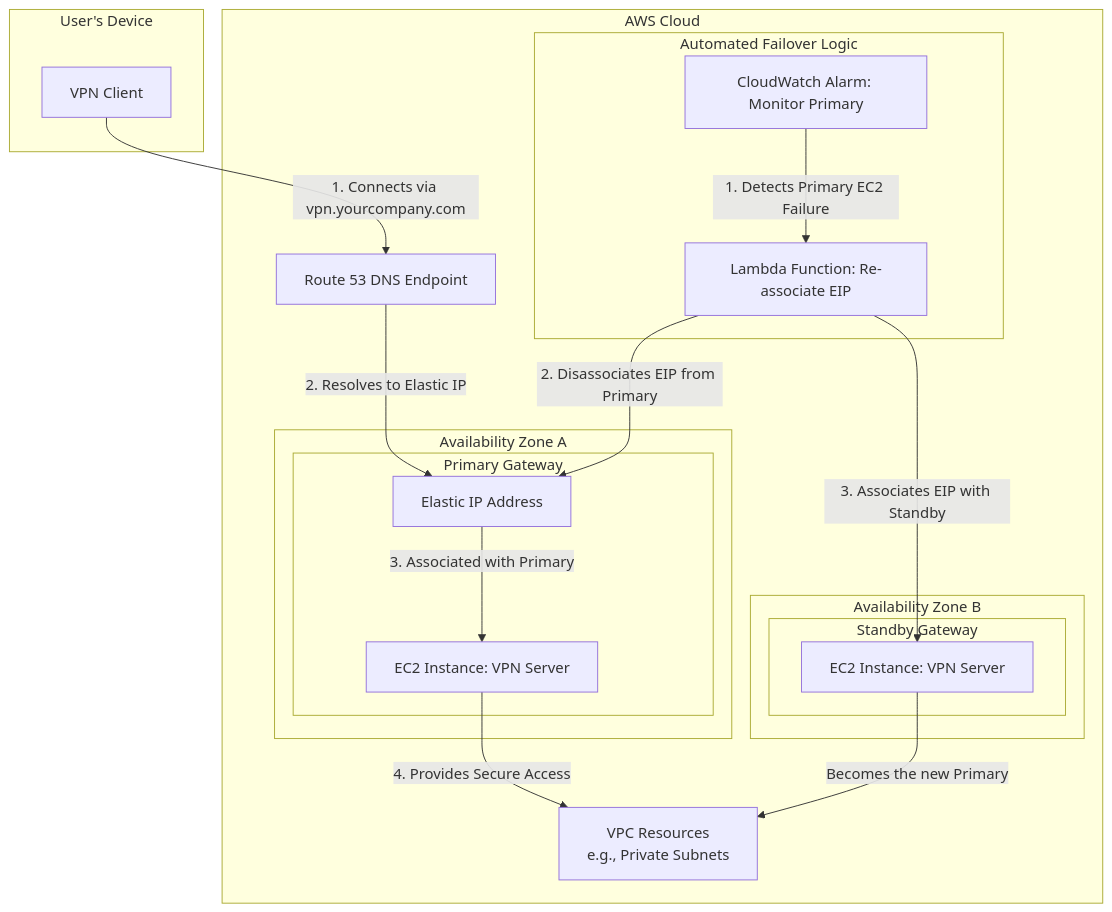
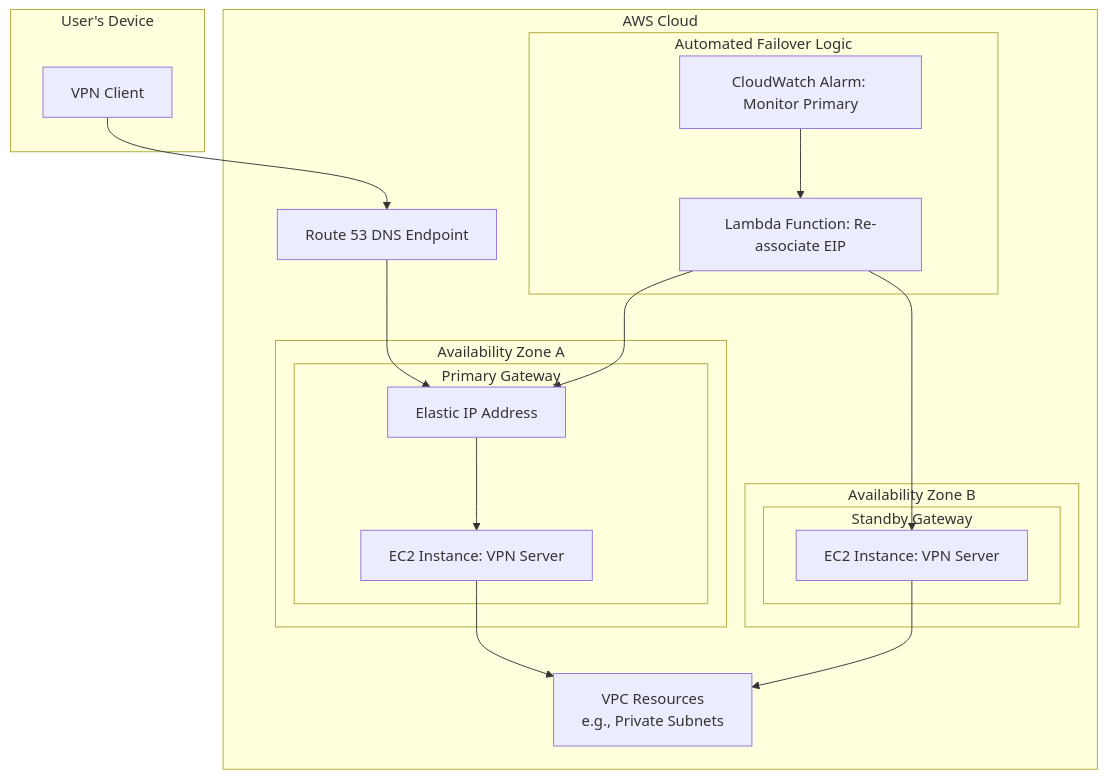
The diagram in README.md (VDarius-IT/Web_App_Security_Testing_and_Hardening), drawn with Mermaid before and after one commit.

````diff
--- a/README.md
+++ b/README.md
@@ -60,44 +60,44 @@
 ```mermaid
 graph TD
     subgraph "User's Device"
         U[VPN Client]
     end
 
     subgraph "AWS Cloud"
         R53[Route 53 DNS Endpoint]
 
         subgraph "Availability Zone A"
             subgraph "Primary Gateway"
                 P_EC2[EC2 Instance: VPN Server]
                 EIP[Elastic IP Address]
             end
         end
 
         subgraph "Availability Zone B"
             subgraph "Standby Gateway"
                  S_EC2[EC2 Instance: VPN Server]
             end
         end
 
         subgraph "Automated Failover Logic"
             CW[CloudWatch Alarm: Monitor Primary]
             L[Lambda Function: Re-associate EIP]
         end
 
         VPC[VPC Resources <br/> e.g., Private Subnets]
     end
 
     %% --- Connections and Flows ---
 
     %% Steady State Flow
-    U -- "1. Connects via vpn.yourcompany.com" --> R53
-    R53 -- "2. Resolves to Elastic IP" --> EIP
-    EIP -- "3. Associated with Primary" --> P_EC2
-    P_EC2 -- "4. Provides Secure Access" --> VPC
+    U --> R53
+    R53 --> EIP
+    EIP --> P_EC2
+    P_EC2  --> VPC
 
     %% Failover Process
-    CW -- "1. Detects Primary EC2 Failure" --> L
-    L -- "2. Disassociates EIP from Primary" --> EIP
-    L -- "3. Associates EIP with Standby" --> S_EC2
-    S_EC2 -- "Becomes the new Primary"--> VPC
+    CW  --> L
+    L  --> EIP
+    L  --> S_EC2
+    S_EC2 --> VPC
 ```
````
